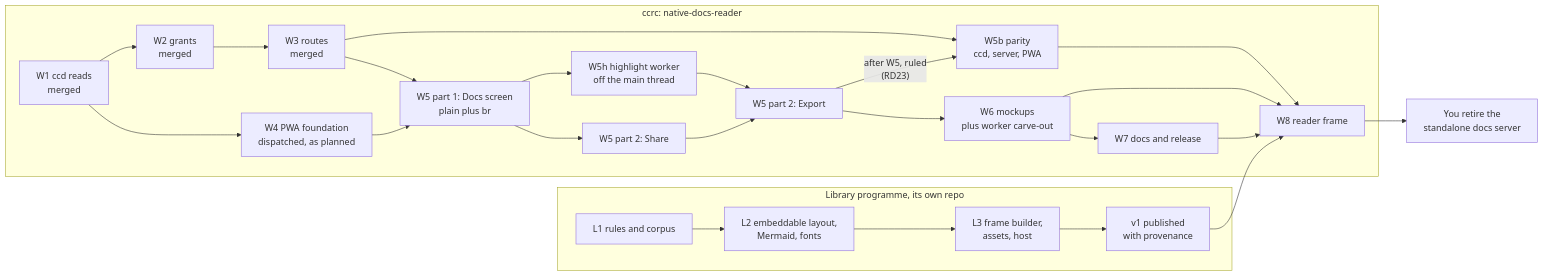
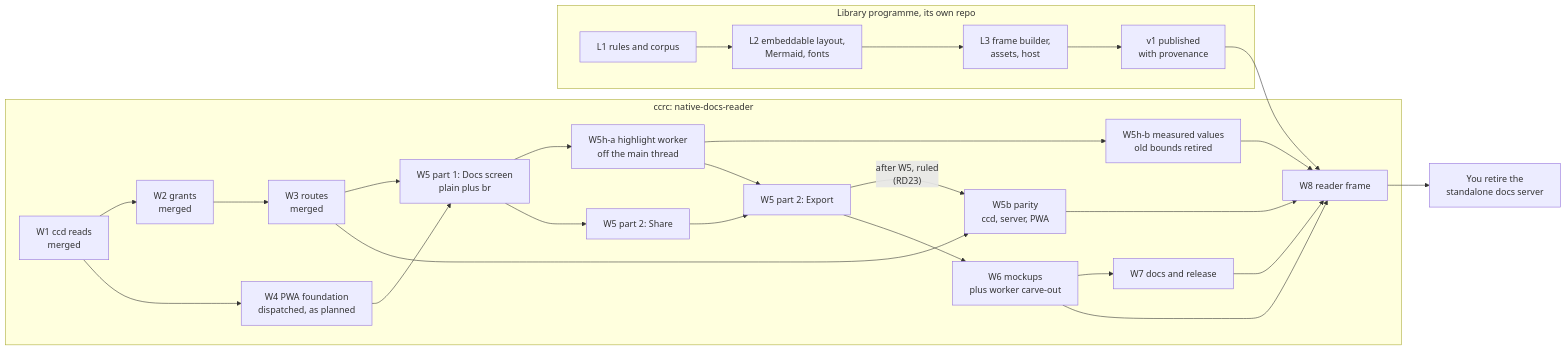
The third of 4 diagrams in docs/superpowers/specs/2026-10-12-rich-docs-reader-and-shared-renderer-design.md (Synapsium-Labs/ccrc-pwa), drawn with Mermaid before and after one commit. The commit also changed other lines of this file and 2 other files, not shown here.

Commit message:
docs(native-docs-reader): W5h amendment, verified (off-main-thread highlighting, two runs, Share/Export split)

````diff
--- a/docs/superpowers/specs/2026-10-12-rich-docs-reader-and-shared-renderer-design.md
+++ b/docs/superpowers/specs/2026-10-12-rich-docs-reader-and-shared-renderer-design.md
@@ -611,24 +611,26 @@
 ```mermaid
 flowchart LR
   subgraph NDR["ccrc: native-docs-reader"]
     W1["W1 ccd reads<br/>merged"] --> W2["W2 grants<br/>merged"] --> W3["W3 routes<br/>merged"]
     W1 --> W4["W4 PWA foundation<br/>dispatched, as planned"]
     W3 --> W5["W5 part 1: Docs screen<br/>plain plus br"]
     W4 --> W5
-    W5 --> W5h["W5h highlight worker<br/>off the main thread"]
+    W5 --> W5h["W5h-a highlight worker<br/>off the main thread"]
+    W5h --> W5hb["W5h-b measured values<br/>old bounds retired"]
+    W5hb --> W8
     W5 --> W5s["W5 part 2: Share"]
     W5h --> W5e["W5 part 2: Export"]
     W5s --> W5e
     W3 --> W5b["W5b parity<br/>ccd, server, PWA"]
     W5e -->|"after W5, ruled<br/>(RD23)"| W5b
     W5e --> W6["W6 mockups<br/>plus worker carve-out"] --> W7["W7 docs and release"]
     W5b --> W8["W8 reader frame"]
     W6 --> W8
     W7 --> W8
   end
   subgraph LIBP["Library programme, its own repo"]
     LA["L1 rules and corpus"] --> LB["L2 embeddable layout,<br/>Mermaid, fonts"] --> LC["L3 frame builder,<br/>assets, host"] --> V1["v1 published<br/>with provenance"]
   end
   V1 --> W8
   W8 --> RET["You retire the<br/>standalone docs server"]
 ```
````
